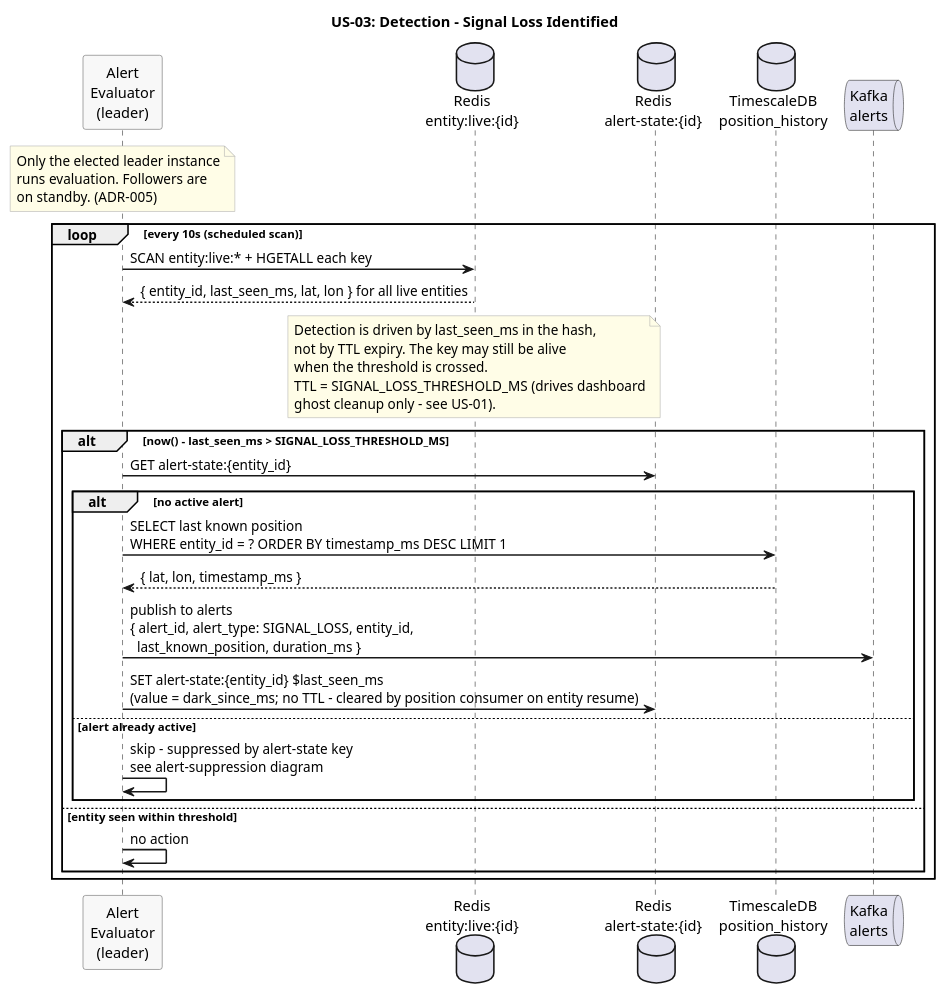
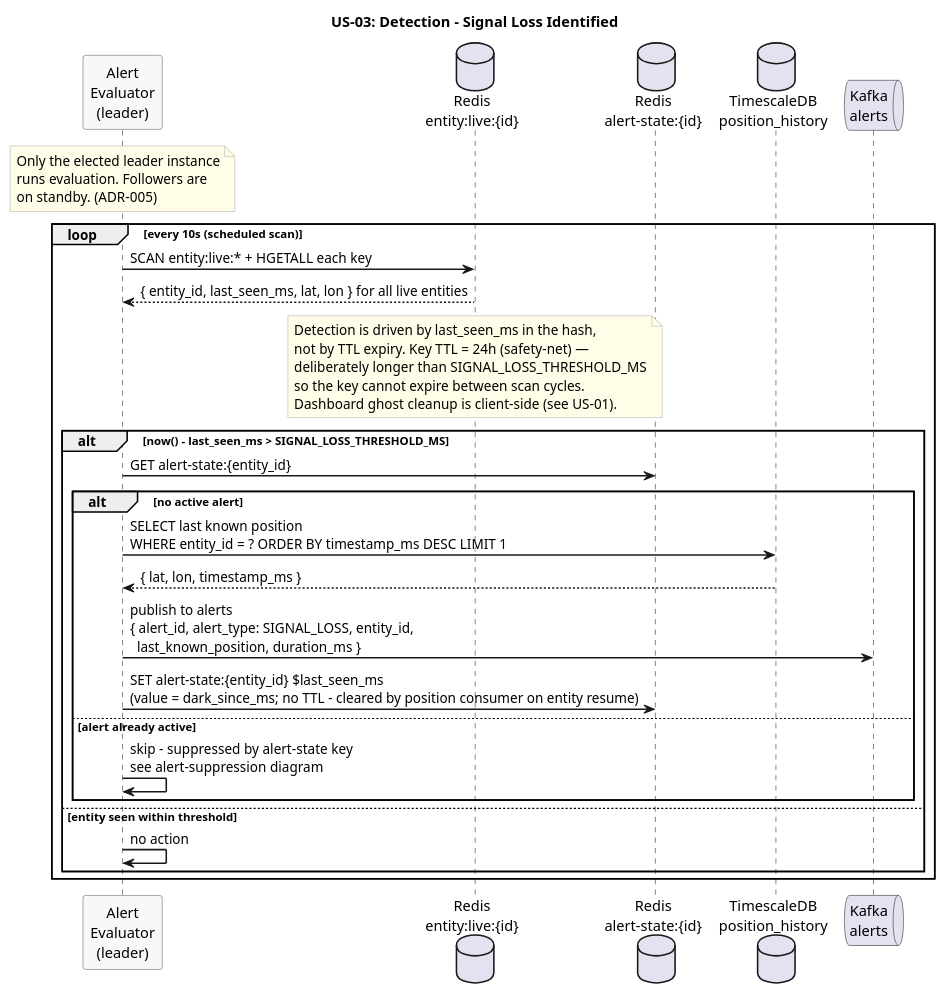
One commit to Buffden/sentinel changed the diagram in docs/use-cases/US-03-signal-loss-alert/detection.puml. Above: the diagram before and after it, drawn with PlantUML. The commit also changed 14 other files, not shown here.

Commit message:
fix pre-implementation design gaps Signal-loss TTL race: entity:live:{id} O(n²) proximity: correlation worker was scanning all entity:live:* keys for pairwise comparison.

```diff
--- a/docs/use-cases/US-03-signal-loss-alert/detection.puml
+++ b/docs/use-cases/US-03-signal-loss-alert/detection.puml
@@ -1,53 +1,53 @@
 @startuml detection
 title US-03: Detection - Signal Loss Identified
 
 skinparam sequenceArrowThickness 1.5
 skinparam participantBorderColor #555555
 skinparam participantBackgroundColor #F8F8F8
 skinparam noteBorderColor #AAAAAA
 skinparam noteBackgroundColor #FFFDE7
 
 participant "Alert\nEvaluator\n(leader)" as Evaluator
 database "Redis\nentity:live:{id}" as Redis
 database "Redis\nalert-state:{id}" as AlertState
 database "TimescaleDB\nposition_history" as TSDB
 queue "Kafka\nalerts" as Kafka
 
 note over Evaluator
   Only the elected leader instance
   runs evaluation. Followers are
   on standby. (ADR-005)
 end note
 
 loop every 10s (scheduled scan)
   Evaluator -> Redis : SCAN entity:live:* + HGETALL each key
   Redis --> Evaluator : { entity_id, last_seen_ms, lat, lon } for all live entities
 
   note over Redis
     Detection is driven by last_seen_ms in the hash,
-    not by TTL expiry. The key may still be alive
-    when the threshold is crossed.
-    TTL = SIGNAL_LOSS_THRESHOLD_MS (drives dashboard
-    ghost cleanup only - see US-01).
+    not by TTL expiry. Key TTL = 24h (safety-net) —
+    deliberately longer than SIGNAL_LOSS_THRESHOLD_MS
+    so the key cannot expire between scan cycles.
+    Dashboard ghost cleanup is client-side (see US-01).
   end note
 
   alt now() - last_seen_ms > SIGNAL_LOSS_THRESHOLD_MS
     Evaluator -> AlertState : GET alert-state:{entity_id}
 
     alt no active alert
       Evaluator -> TSDB : SELECT last known position\nWHERE entity_id = ? ORDER BY timestamp_ms DESC LIMIT 1
       TSDB --> Evaluator : { lat, lon, timestamp_ms }
 
       Evaluator -> Kafka : publish to alerts\n{ alert_id, alert_type: SIGNAL_LOSS, entity_id,\n  last_known_position, duration_ms }
       Evaluator -> AlertState : SET alert-state:{entity_id} $last_seen_ms\n(value = dark_since_ms; no TTL - cleared by position consumer on entity resume)
 
     else alert already active
       Evaluator -> Evaluator : skip - suppressed by alert-state key\nsee alert-suppression diagram
     end
 
   else entity seen within threshold
     Evaluator -> Evaluator : no action
   end
 end
 
 @enduml
```
